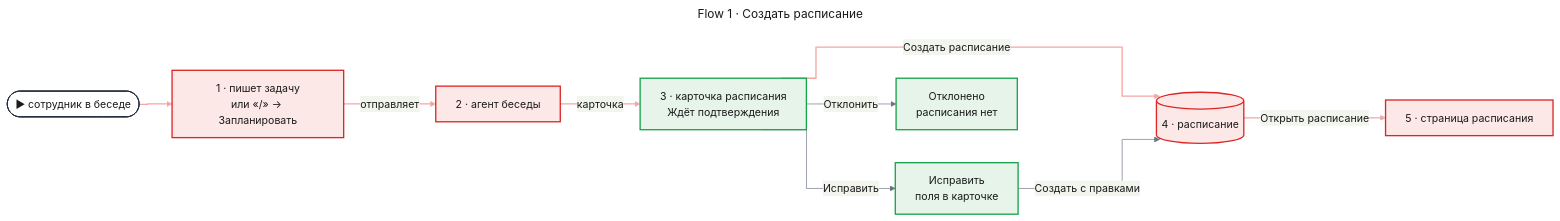
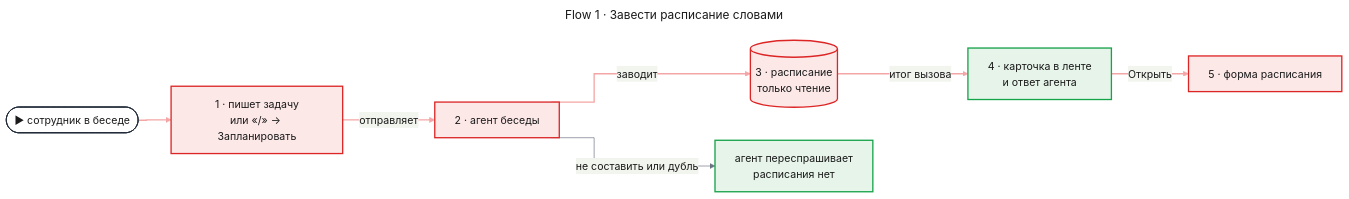
Before and after one commit to tundraray/agent-os: the first of 2 diagrams in docs/features/chat-scheduling/uxrd.md, drawn with Mermaid. The commit also changed other lines of this file and 7 other files, not shown here.

Commit message:
docs: compact schedule card and the page form in the chat scheduling UXRD

````diff
--- a/docs/features/chat-scheduling/uxrd.md
+++ b/docs/features/chat-scheduling/uxrd.md
@@ -56,50 +50,47 @@
 ```mermaid
 ---
-title: "Flow 1 · Создать расписание"
+title: "Flow 1 · Завести расписание словами"
 config:
   theme: base
   look: classic
   themeVariables:
     primaryColor: "#eef1f5"
     primaryBorderColor: "#4b5563"
     primaryTextColor: "#1a1a1a"
     lineColor: "#6b7280"
   flowchart:
     curve: step
   themeCSS: |
     @keyframes lit_f1{0%,18%{stroke:#991b1b;stroke-width:6px}20%,100%{stroke:#f4a5a5;stroke-width:2px}}
 ---
 flowchart LR
     entry(["▶ сотрудник в беседе"])
     text["1 · пишет задачу<br/>или «/» → Запланировать"]
     agent["2 · агент беседы"]
-    card["3 · карточка расписания<br/>Ждёт подтверждения"]
-    sched[("4 · расписание")]
-    page["5 · страница расписания"]
-    edit["Исправить<br/>поля в карточке"]
-    rej["Отклонено<br/>расписания нет"]
+    sched[("3 · расписание<br/>только чтение")]
+    card["4 · карточка в ленте<br/>и ответ агента"]
+    form["5 · форма расписания"]
+    ask["агент переспрашивает<br/>расписания нет"]
     entry e1@--> text
     text e2@-->|"отправляет"| agent
-    agent e3@-->|"карточка"| card
-    card e4@-->|"Создать расписание"| sched
-    sched e5@-->|"Открыть расписание"| page
-    card -->|"Исправить"| edit
-    edit -->|"Создать с правками"| sched
-    card -->|"Отклонить"| rej
+    agent e3@-->|"заводит"| sched
+    sched e4@-->|"итог вызова"| card
+    card e5@-->|"Открыть"| form
+    agent -->|"не составить или дубль"| ask
     classDef entry fill:#ffffff,stroke:#1f2937,stroke-width:1.5px,color:#1a1a1a
     classDef changed fill:#fde8e8,stroke:#dc2626,stroke-width:2px,color:#1a1a1a
     classDef new fill:#e6f4ea,stroke:#16a34a,stroke-width:2px,color:#1a1a1a
     classDef w1 stroke:#f4a5a5,stroke-width:2px,animation:lit_f1 6s linear 0s infinite
     classDef w2 stroke:#f4a5a5,stroke-width:2px,animation:lit_f1 6s linear 1.2s infinite
     classDef w3 stroke:#f4a5a5,stroke-width:2px,animation:lit_f1 6s linear 2.4s infinite
     classDef w4 stroke:#f4a5a5,stroke-width:2px,animation:lit_f1 6s linear 3.6s infinite
     classDef w5 stroke:#f4a5a5,stroke-width:2px,animation:lit_f1 6s linear 4.8s infinite
     class entry entry
-    class text,agent,sched,page changed
-    class card,edit,rej new
+    class text,agent,sched,form changed
+    class card,ask new
     class e1 w1
     class e2 w2
     class e3 w3
     class e4 w4
     class e5 w5
 ```
````
